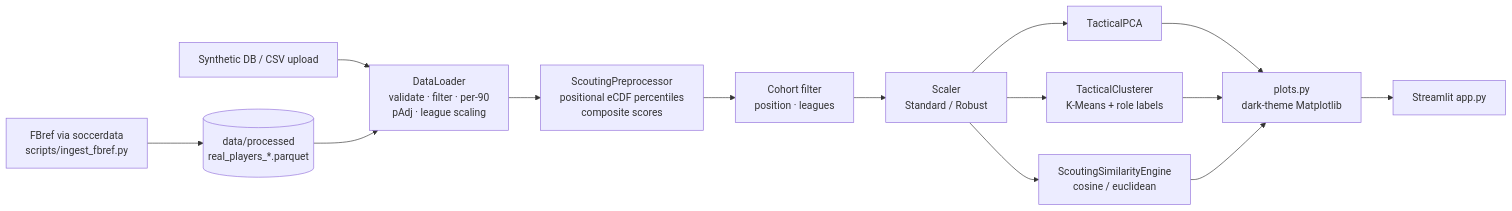
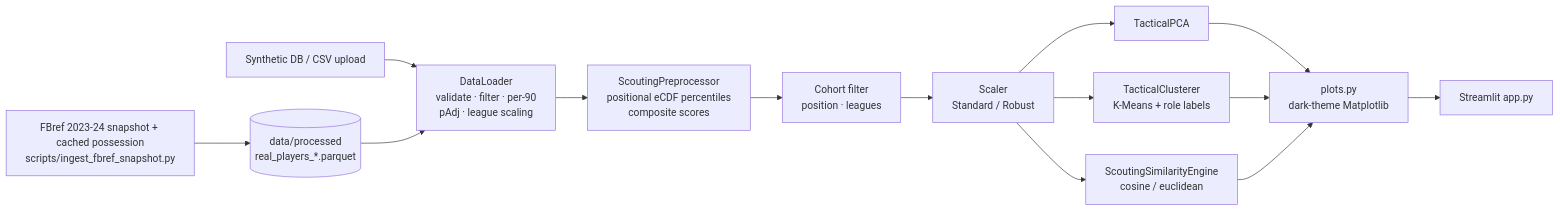
One commit to RoyCheung1010/playerscout changed the diagram in README.md. Above: the diagram before and after it, drawn with Mermaid. The commit also changed other lines of this file and 9 other files, not shown here.

First line of the commit message:
feat: real 2023-24 Top 5 data from the FBref snapshot

````diff
--- a/README.md
+++ b/README.md
@@ -47,14 +47,14 @@
 ```mermaid
 flowchart LR
-    R[FBref via soccerdata<br/>scripts/ingest_fbref.py] --> P[(data/processed<br/>real_players_*.parquet)]
+    R[FBref 2023-24 snapshot + cached possession<br/>scripts/ingest_fbref_snapshot.py] --> P[(data/processed<br/>real_players_*.parquet)]
     A[Synthetic DB / CSV upload] --> B[DataLoader<br/>validate · filter · per-90<br/>pAdj · league scaling]
     P --> B
     B --> C[ScoutingPreprocessor<br/>positional eCDF percentiles<br/>composite scores]
     C --> D[Cohort filter<br/>position · leagues]
     D --> E[Scaler<br/>Standard / Robust]
     E --> F[TacticalPCA]
     E --> G[TacticalClusterer<br/>K-Means + role labels]
     E --> H[ScoutingSimilarityEngine<br/>cosine / euclidean]
     F & G & H --> I[plots.py<br/>dark-theme Matplotlib]
     I --> J[Streamlit app.py]
 ```
````
